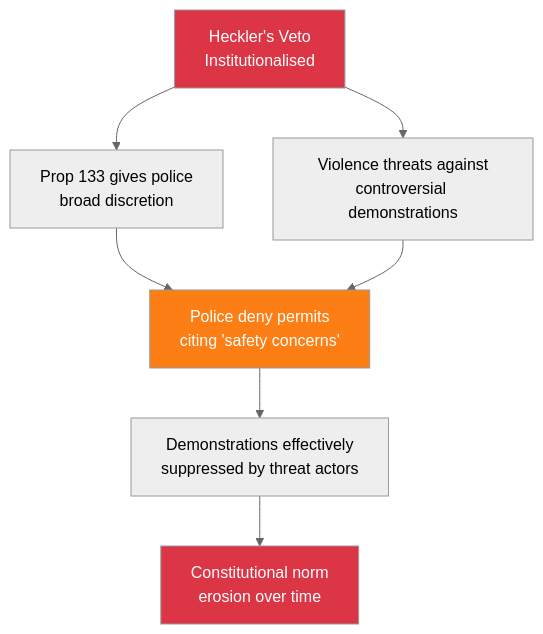
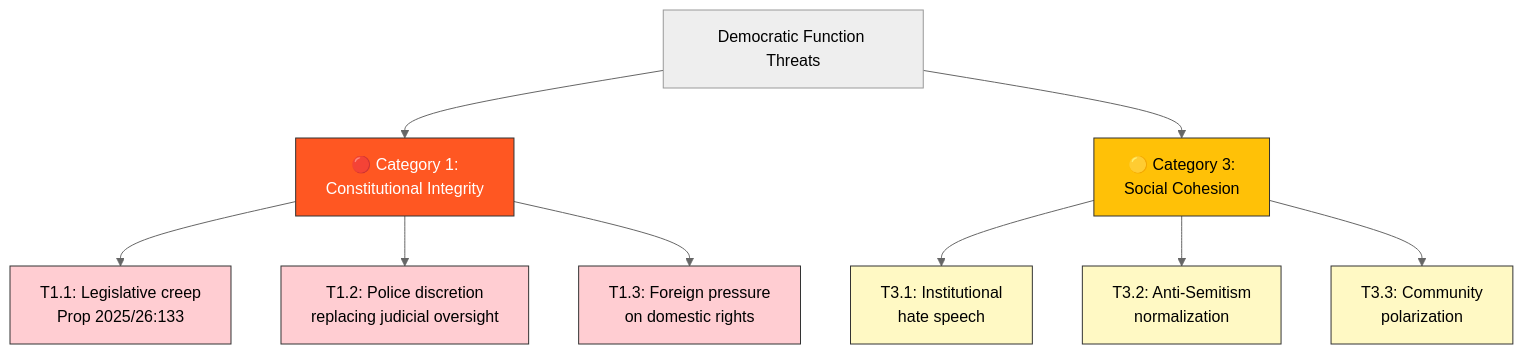
One commit to Hack23/riksdagsmonitor changed the diagram in analysis/daily/2026-04-13/interpellations/threat-analysis.md. Above: the diagram before and after it, drawn with Mermaid (neutral theme). The commit also changed other lines of this file and 17 other files, not shown here.

````diff
--- a/analysis/daily/2026-04-13/interpellations/threat-analysis.md
+++ b/analysis/daily/2026-04-13/interpellations/threat-analysis.md
@@ -45,12 +17,22 @@
 ```mermaid
 graph TD
-    ROOT["Heckler's Veto<br/>Institutionalised"] --> A["Prop 133 gives police<br/>broad discretion"]
-    ROOT --> B["Violence threats against<br/>controversial demonstrations"]
-    A --> C["Police deny permits<br/>citing 'safety concerns'"]
-    B --> C
-    C --> D["Demonstrations effectively<br/>suppressed by threat actors"]
-    D --> E["Constitutional norm<br/>erosion over time"]
-    style ROOT fill:#dc3545,color:#fff
-    style C fill:#fd7e14,color:#fff
-    style E fill:#dc3545,color:#fff
+    ROOT["Democratic Function Threats"] --> C1["🔴 Category 1:<br/>Constitutional Integrity"]
+    ROOT --> C3["🟡 Category 3:<br/>Social Cohesion"]
+    
+    C1 --> T1["T1.1: Legislative creep<br/>Prop 2025/26:133"]
+    C1 --> T2["T1.2: Police discretion<br/>replacing judicial oversight"]
+    C1 --> T3["T1.3: Foreign pressure<br/>on domestic rights"]
+    
+    C3 --> T4["T3.1: Institutional<br/>hate speech"]
+    C3 --> T5["T3.2: Anti-Semitism<br/>normalization"]
+    C3 --> T6["T3.3: Community<br/>polarization"]
+    
+    style C1 fill:#FF5722,stroke:#333,color:#fff
+    style C3 fill:#FFC107,stroke:#333,color:#000
+    style T1 fill:#FFCDD2,stroke:#333
+    style T2 fill:#FFCDD2,stroke:#333
+    style T3 fill:#FFCDD2,stroke:#333
+    style T4 fill:#FFF9C4,stroke:#333
+    style T5 fill:#FFF9C4,stroke:#333
+    style T6 fill:#FFF9C4,stroke:#333
 ```
````
